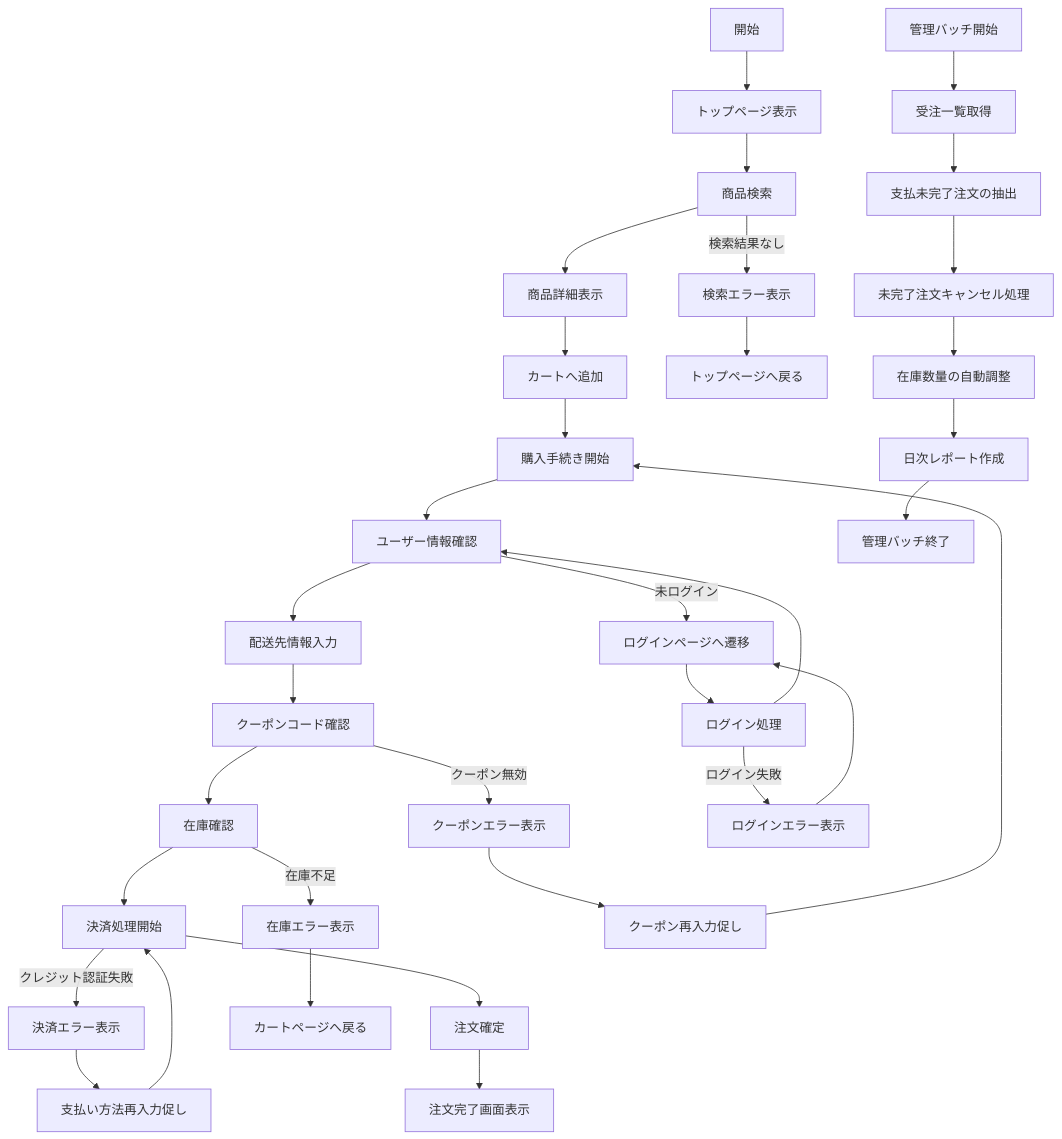
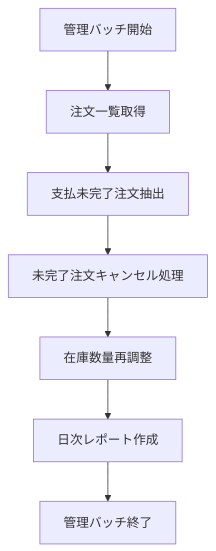
One commit to Masafuro/g-spec changed the ninth of 9 diagrams in flowchart.md. Above: the diagram before and after it, drawn with Mermaid. The commit also changed other lines of this file and 2 other files, not shown here.

````diff
--- a/flowchart.md
+++ b/flowchart.md
@@ -1,67 +117,16 @@
 ```mermaid
 flowchart TD
-    n0["開始"]
-    n1["トップページ表示"]
-    n2["商品検索"]
-    n3["検索エラー表示"]
-    n4["商品詳細表示"]
-    n5["カートへ追加"]
-    n6["購入手続き開始"]
-    n7["ユーザー情報確認"]
-    n8["ログインページへ遷移"]
-    n9["配送先情報入力"]
-    n10["クーポンコード確認"]
-    n11["クーポンエラー表示"]
-    n12["在庫確認"]
-    n13["在庫エラー表示"]
-    n14["決済処理開始"]
-    n15["決済エラー表示"]
-    n16["注文確定"]
-    n17["注文完了画面表示"]
-    n18["トップページへ戻る"]
-    n19["クーポン再入力促し"]
-    n20["カートページへ戻る"]
-    n21["支払い方法再入力促し"]
-    n22["ログイン処理"]
-    n23["ログインエラー表示"]
-    n24["管理バッチ開始"]
-    n25["受注一覧取得"]
-    n26["支払未完了注文の抽出"]
-    n27["未完了注文キャンセル処理"]
-    n28["在庫数量の自動調整"]
-    n29["日次レポート作成"]
-    n30["管理バッチ終了"]
+    n0["管理バッチ開始"]
+    n1["注文一覧取得"]
+    n2["支払未完了注文抽出"]
+    n3["未完了注文キャンセル処理"]
+    n4["在庫数量再調整"]
+    n5["日次レポート作成"]
+    n6["管理バッチ終了"]
     n0 --> n1
     n1 --> n2
-    n2 -->|検索結果なし| n3
-    n2 --> n4
+    n2 --> n3
+    n3 --> n4
     n4 --> n5
     n5 --> n6
-    n6 --> n7
-    n7 -->|未ログイン| n8
-    n7 --> n9
-    n9 --> n10
-    n10 -->|クーポン無効| n11
-    n10 --> n12
-    n12 -->|在庫不足| n13
-    n12 --> n14
-    n14 -->|クレジット認証失敗| n15
-    n14 --> n16
-    n16 --> n17
-    n3 --> n18
-    n11 --> n19
-    n19 --> n6
-    n13 --> n20
-    n15 --> n21
-    n21 --> n14
-    n8 --> n22
-    n22 -->|ログイン失敗| n23
-    n22 --> n7
-    n23 --> n8
-    n24 --> n25
-    n25 --> n26
-    n26 --> n27
-    n27 --> n28
-    n28 --> n29
-    n29 --> n30
 ```
````
